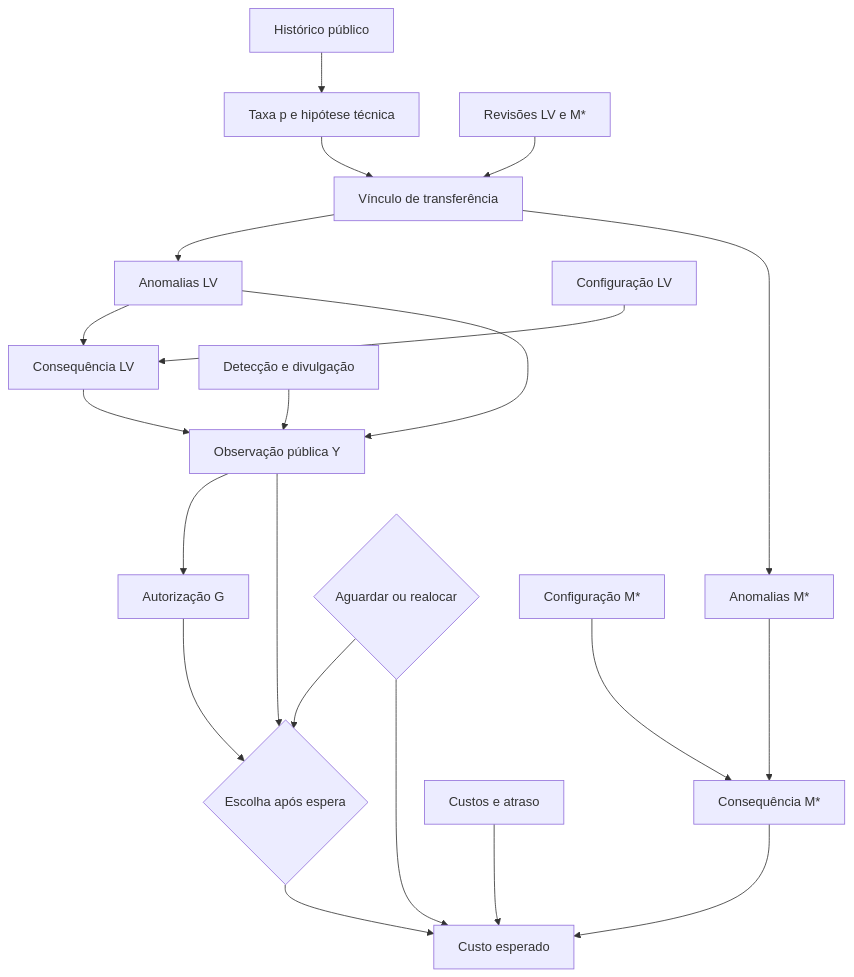
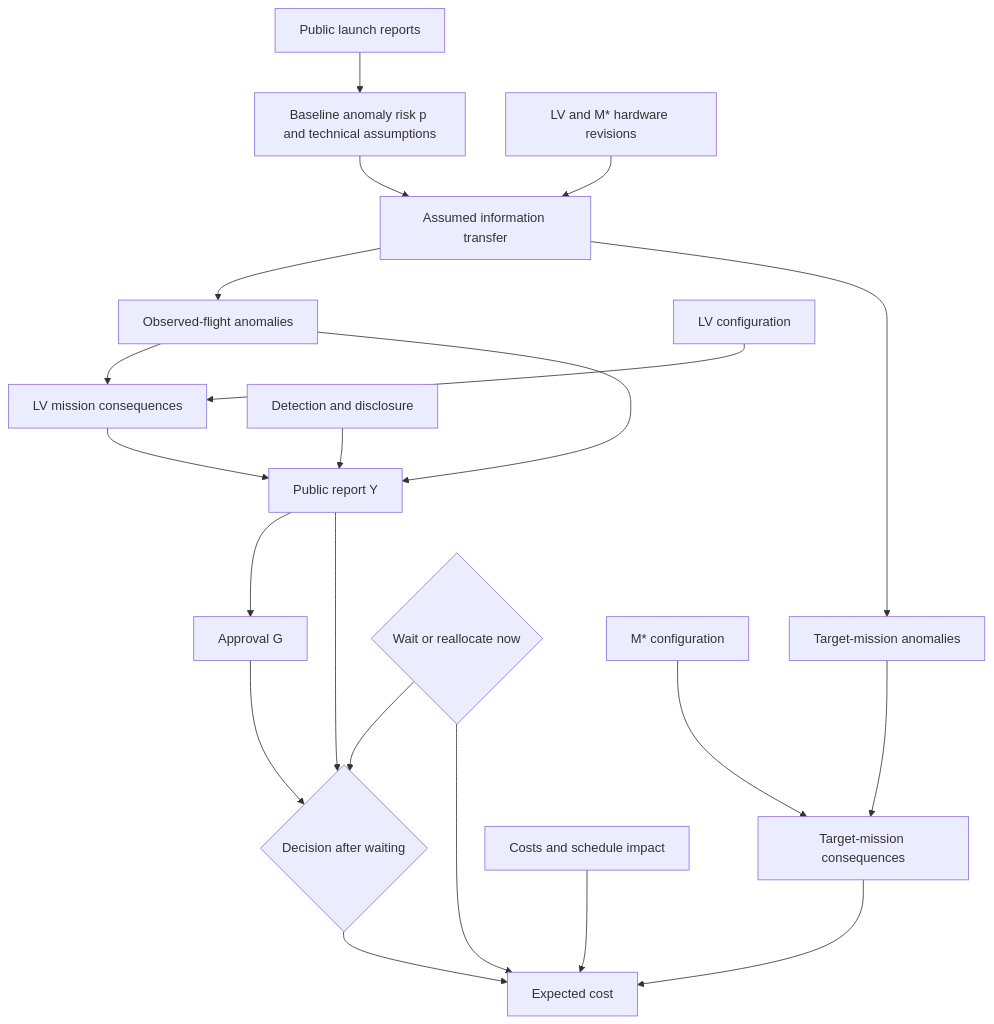
One commit to MedeiroszJoao/Project-Vulcan changed the diagram in docs/influence_diagram.mmd. Above: the diagram before and after it, drawn with Mermaid. The commit also changed 27 other files, not shown here.

First line of the commit message:
Localize scientific charts and research documents to English

```diff
--- a/docs/influence_diagram.mmd
+++ b/docs/influence_diagram.mmd
@@ -1,21 +1,21 @@
 flowchart TD
-    H["Histórico público"] --> P["Taxa p e hipótese técnica"]
-    R["Revisões LV e M*"] --> X["Vínculo de transferência"]
+    H["Public launch reports"] --> P["Baseline anomaly risk p and technical assumptions"]
+    R["LV and M* hardware revisions"] --> X["Assumed information transfer"]
     P --> X
-    X --> AL["Anomalias LV"]
-    X --> AM["Anomalias M*"]
-    CL["Configuração LV"] --> ZL["Consequência LV"]
+    X --> AL["Observed-flight anomalies"]
+    X --> AM["Target-mission anomalies"]
+    CL["LV configuration"] --> ZL["LV mission consequences"]
     AL --> ZL
-    AL --> Y["Observação pública Y"]
+    AL --> Y["Public report Y"]
     ZL --> Y
-    O["Detecção e divulgação"] --> Y
-    Y --> G["Autorização G"]
-    Y --> D1{"Escolha após espera"}
+    O["Detection and disclosure"] --> Y
+    Y --> G["Approval G"]
+    Y --> D1{"Decision after waiting"}
     G --> D1
-    D0{"Aguardar ou realocar"} --> D1
-    AM --> ZM["Consequência M*"]
-    CM["Configuração M*"] --> ZM
-    D1 --> U["Custo esperado"]
+    D0{"Wait or reallocate now"} --> D1
+    AM --> ZM["Target-mission consequences"]
+    CM["M* configuration"] --> ZM
+    D1 --> U["Expected cost"]
     ZM --> U
     D0 --> U
-    C["Custos e atraso"] --> U
+    C["Costs and schedule impact"] --> U
```
